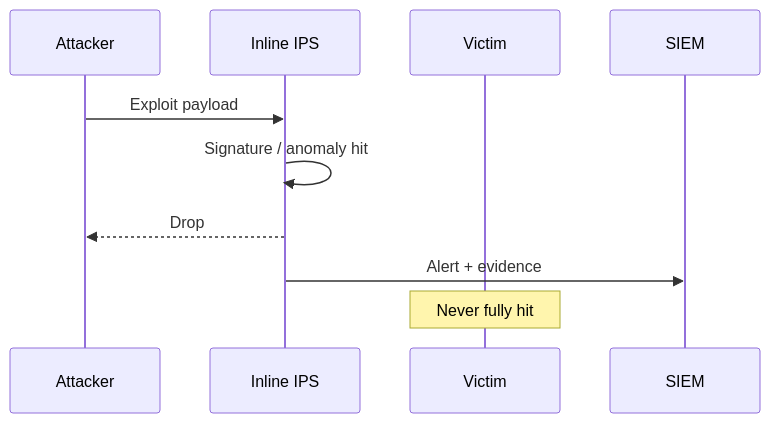
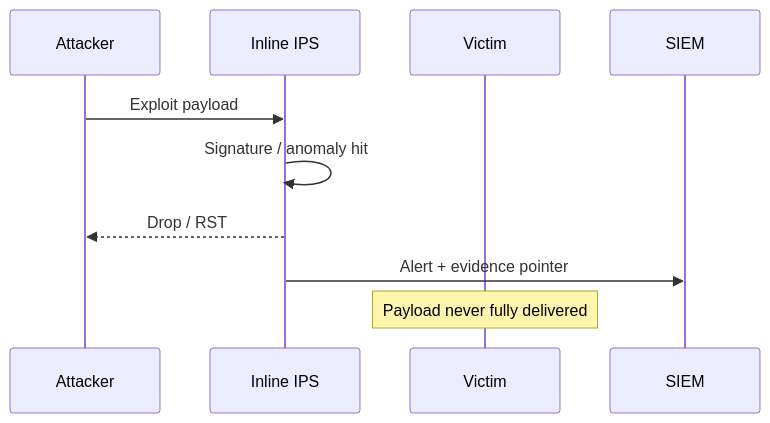
Before and after one commit to omnayak27199/pktana: the ninth of 12 diagrams in learning/13-dlp-idps.md, drawn with Mermaid. The commit also changed other lines of this file and 14 other files, not shown here.

````diff
--- a/learning/13-dlp-idps.md
+++ b/learning/13-dlp-idps.md
@@ -98,11 +226,12 @@
 ```mermaid
 sequenceDiagram
   participant Atk as Attacker
   participant IPS as Inline IPS
   participant Vic as Victim
+  participant SIEM as SIEM
   Atk->>IPS: Exploit payload
   IPS->>IPS: Signature / anomaly hit
-  IPS-->>Atk: Drop
-  IPS->>SIEM: Alert + evidence
-  Note over Vic: Never fully hit
+  IPS-->>Atk: Drop / RST
+  IPS->>SIEM: Alert + evidence pointer
+  Note over Vic: Payload never fully delivered
 ```
````
